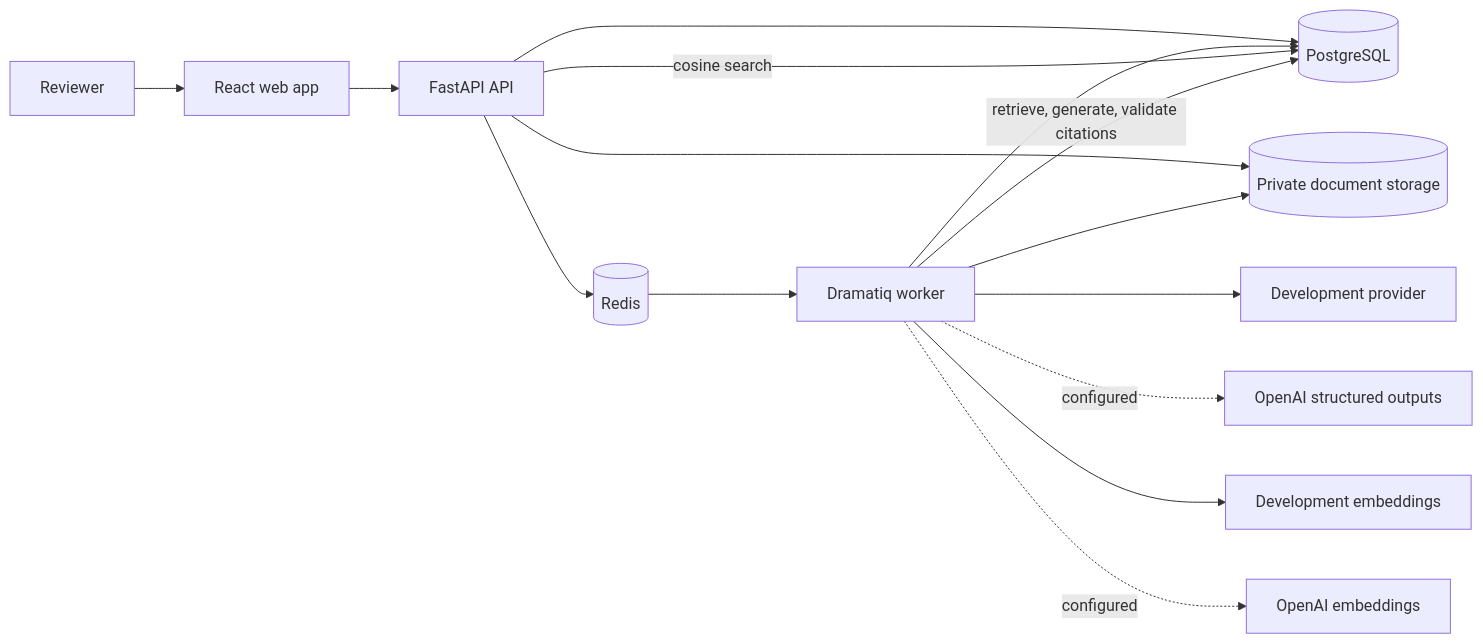
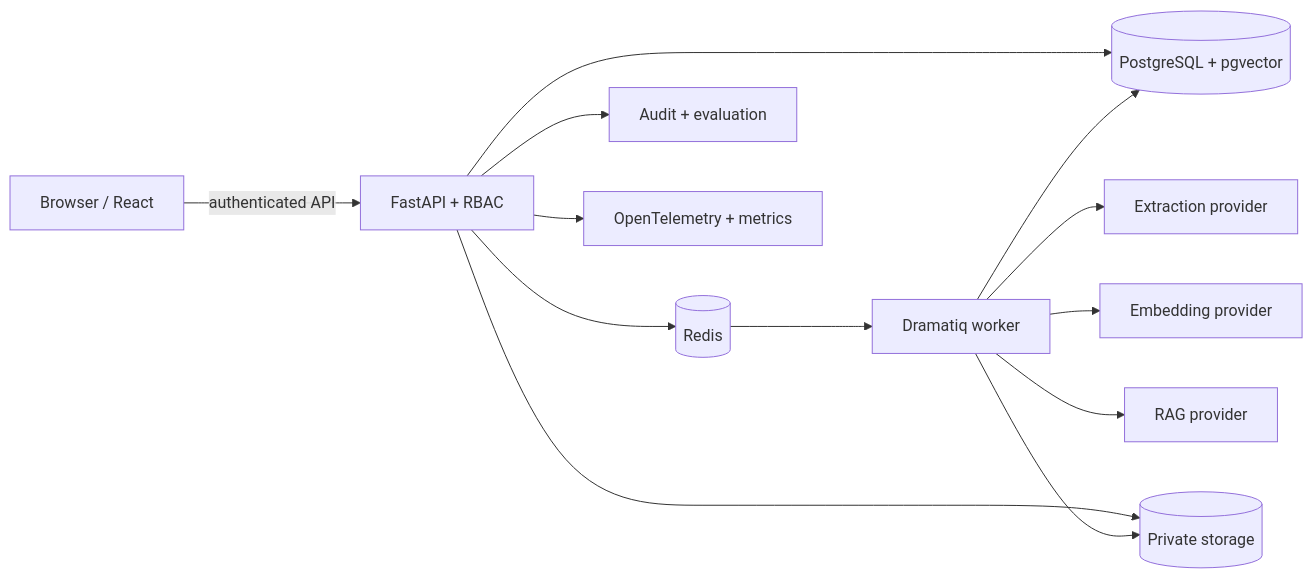
The diagram in README.md (hafiz475/AI-Document-Intelligence-Verification-Platform), drawn with Mermaid before and after one commit. The commit also changed other lines of this file and 47 other files, not shown here.

````diff
--- a/README.md
+++ b/README.md
@@ -69,17 +84,15 @@
 ```mermaid
 flowchart LR
-    U[Reviewer] --> W[React web app]
-    W --> A[FastAPI API]
-    A --> P[(PostgreSQL)]
+    B[Browser / React] -->|authenticated API| A[FastAPI + RBAC]
+    A --> P[(PostgreSQL + pgvector)]
     A --> R[(Redis)]
-    R --> J[Dramatiq worker]
-    A --> S[(Private document storage)]
-    J --> S
-    J --> P
-    J --> D[Development provider]
-    J -. configured .-> O[OpenAI structured outputs]
-    J --> E[Development embeddings]
-    J -. configured .-> OE[OpenAI embeddings]
-    A -->|cosine search| P
-    J -->|retrieve, generate, validate citations| P
+    A --> S[(Private storage)]
+    R --> W[Dramatiq worker]
+    W --> X[Extraction provider]
+    W --> E[Embedding provider]
+    W --> G[RAG provider]
+    W --> P
+    W --> S
+    A --> Q[Audit + evaluation]
+    A --> O[OpenTelemetry + metrics]
 ```
````
